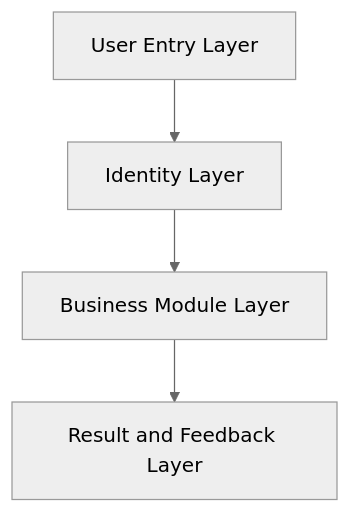
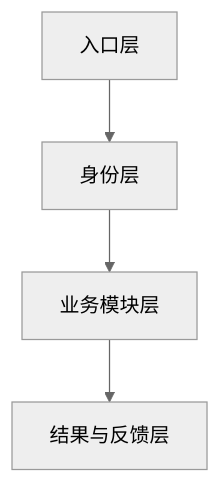
One commit to husinglemon-art/TMS_Shipper changed the first of 4 diagrams in 01_Master_Documents/Product_Architecture.md. Above: the diagram before and after it, drawn with Mermaid (neutral theme). The commit also changed other lines of this file and 10 other files, not shown here.

````diff
--- a/01_Master_Documents/Product_Architecture.md
+++ b/01_Master_Documents/Product_Architecture.md
@@ -24,6 +24,6 @@
 ```mermaid
 graph TD
-    A[User Entry Layer] --> B[Identity Layer]
-    B --> C[Business Module Layer]
-    C --> D[Result and Feedback Layer]
+    A[入口层] --> B[身份层]
+    B --> C[业务模块层]
+    C --> D[结果与反馈层]
 ```
````
